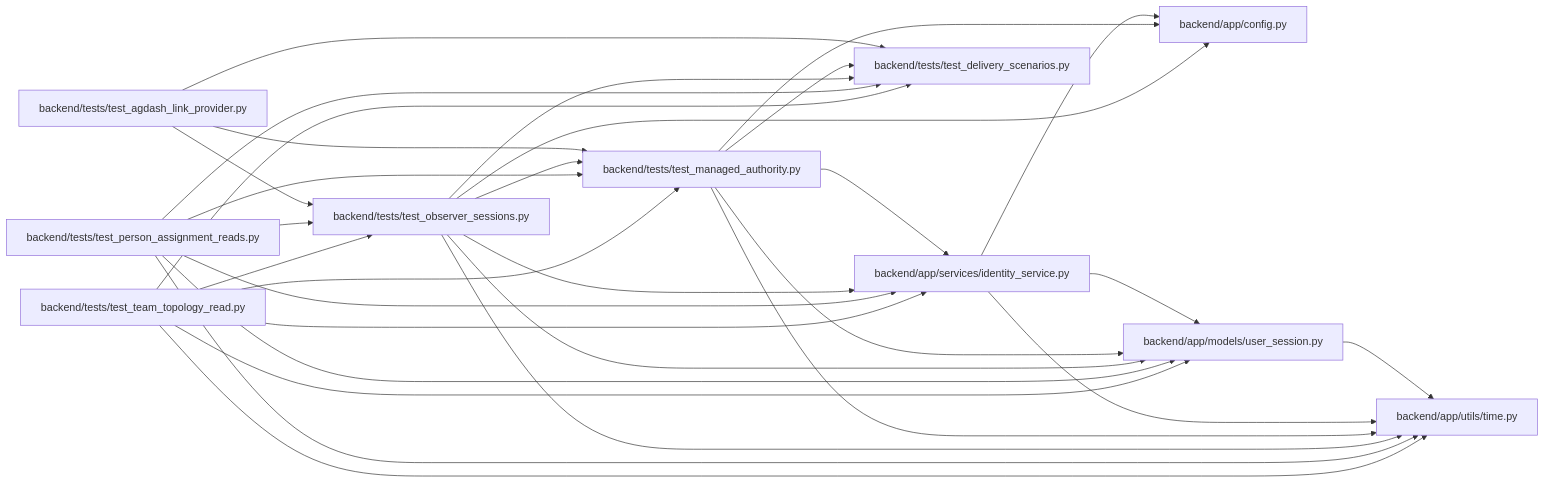
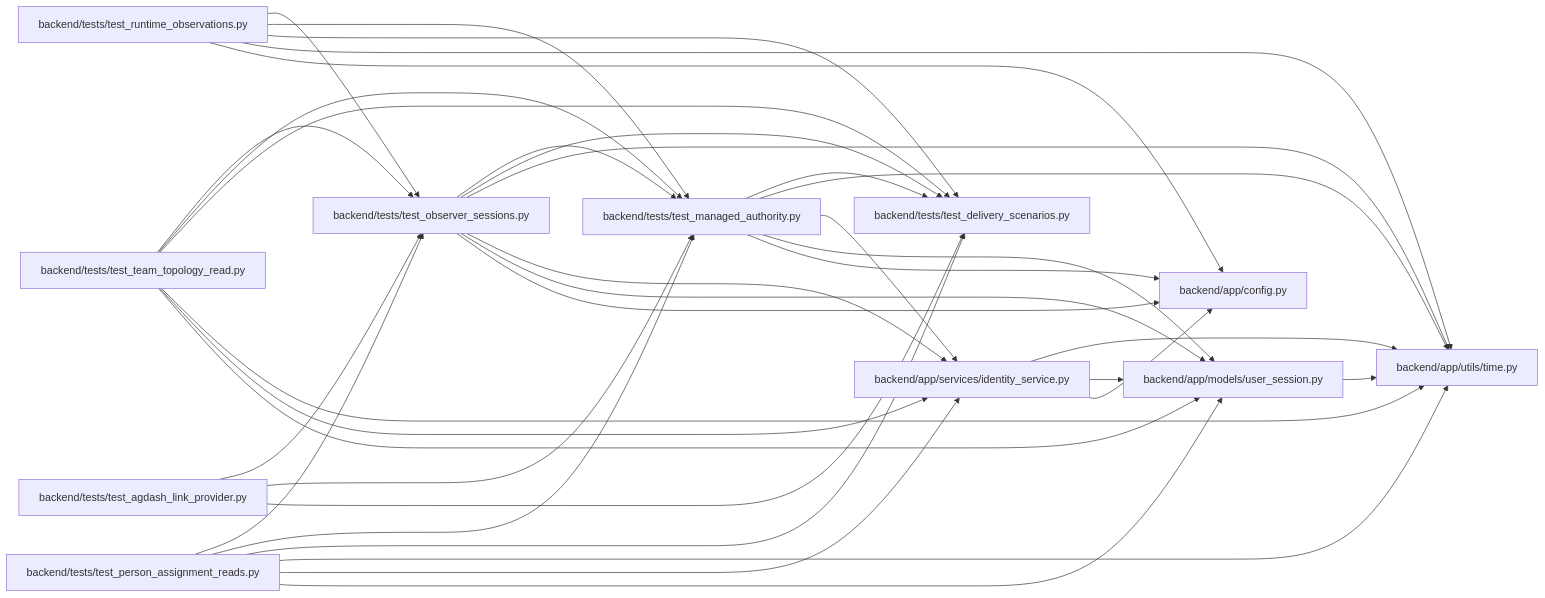
One commit to Denissvgn/WorkChord changed the diagram in docs/llm_wiki/modules/test_observer_sessions.md. Above: the diagram before and after it, drawn with Mermaid. The commit also changed other lines of this file and 1062 other files, not shown here.

Commit message:
docs(wiki): refresh for advisory runtime observations

````diff
--- a/docs/llm_wiki/modules/test_observer_sessions.md
+++ b/docs/llm_wiki/modules/test_observer_sessions.md
@@ -30,53 +30,60 @@
 ```mermaid
 flowchart LR
     n0["backend/app/config.py"]
     n1["backend/app/models/user_session.py"]
     n2["backend/app/services/identity_service.py"]
     n3["backend/app/utils/time.py"]
     n4["backend/tests/test_agdash_link_provider.py"]
     n5["backend/tests/test_delivery_scenarios.py"]
     n6["backend/tests/test_managed_authority.py"]
     n7["backend/tests/test_observer_sessions.py"]
     n8["backend/tests/test_person_assignment_reads.py"]
-    n9["backend/tests/test_team_topology_read.py"]
+    n9["backend/tests/test_runtime_observations.py"]
+    n10["backend/tests/test_team_topology_read.py"]
     n1 --> n3
     n2 --> n0
     n2 --> n1
     n2 --> n3
     n4 --> n5
     n4 --> n6
     n4 --> n7
     n6 --> n0
     n6 --> n1
     n6 --> n2
     n6 --> n3
     n6 --> n5
     n7 --> n0
     n7 --> n1
     n7 --> n2
     n7 --> n3
     n7 --> n5
     n7 --> n6
     n8 --> n1
     n8 --> n2
     n8 --> n3
     n8 --> n5
     n8 --> n6
     n8 --> n7
-    n9 --> n1
-    n9 --> n2
+    n9 --> n0
     n9 --> n3
     n9 --> n5
     n9 --> n6
     n9 --> n7
+    n10 --> n1
+    n10 --> n2
+    n10 --> n3
+    n10 --> n5
+    n10 --> n6
+    n10 --> n7
     click n0 "../modules/config.md"
     click n1 "../modules/user_session.md"
     click n2 "../modules/identity_service.md"
     click n3 "../modules/time.md"
     click n4 "../modules/test_agdash_link_provider.md"
     click n5 "../modules/test_delivery_scenarios.md"
     click n6 "../modules/test_managed_authority.md"
     click n7 "../modules/test_observer_sessions.md"
     click n8 "../modules/test_person_assignment_reads.md"
-    click n9 "../modules/test_team_topology_read.md"
+    click n9 "../modules/test_runtime_observations.md"
+    click n10 "../modules/test_team_topology_read.md"
 ```
````
